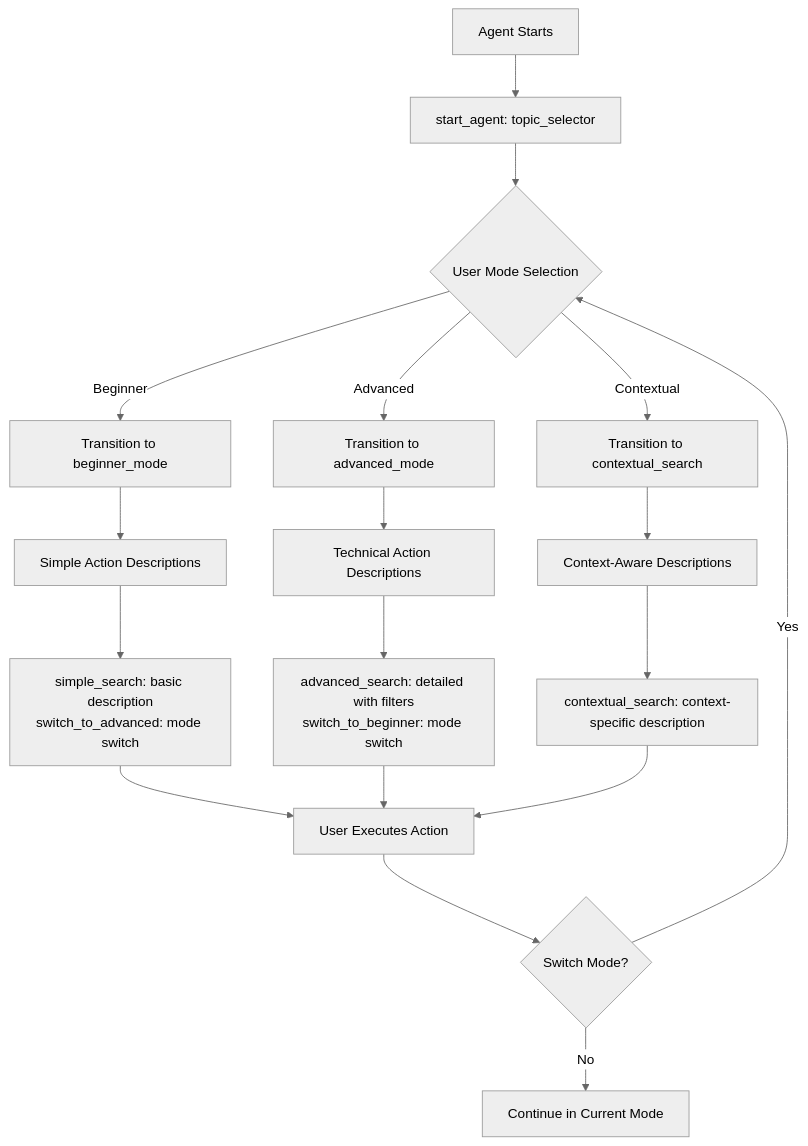
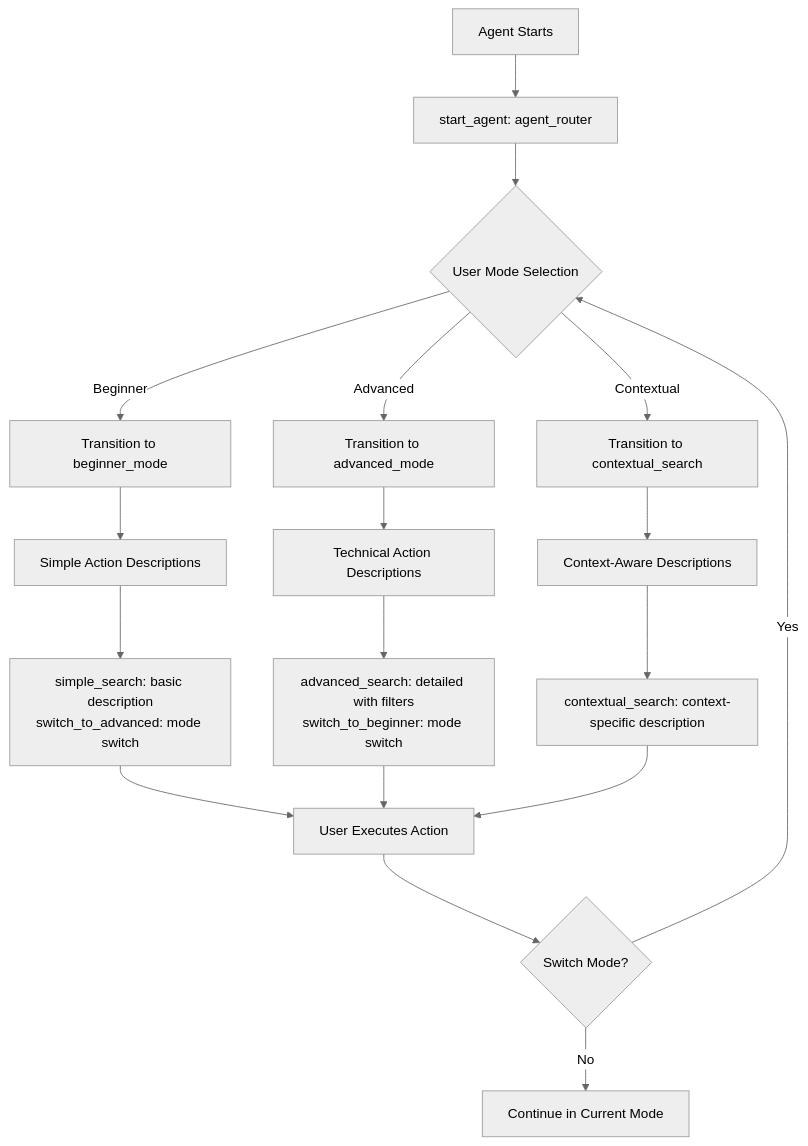
Before and after one commit to trailheadapps/agent-script-recipes: the diagram in force-app/main/02_actionConfiguration/actionDescriptionOverrides/README.md, drawn with Mermaid. The commit also changed other lines of this file and 108 other files, not shown here.

````diff
--- a/force-app/main/02_actionConfiguration/actionDescriptionOverrides/README.md
+++ b/force-app/main/02_actionConfiguration/actionDescriptionOverrides/README.md
@@ -9,21 +9,21 @@
 ```mermaid
 %%{init: {'theme':'neutral'}}%%
 graph TD
-    A[Agent Starts] --> B[start_agent: topic_selector]
+    A[Agent Starts] --> B[start_agent: agent_router]
     B --> C{User Mode Selection}
     C -->|Beginner| D[Transition to beginner_mode]
     C -->|Advanced| E[Transition to advanced_mode]
     C -->|Contextual| F[Transition to contextual_search]
     D --> G[Simple Action Descriptions]
     G --> H[simple_search: basic description<br/>switch_to_advanced: mode switch]
     E --> I[Technical Action Descriptions]
     I --> J[advanced_search: detailed with filters<br/>switch_to_beginner: mode switch]
     F --> K[Context-Aware Descriptions]
     K --> L[contextual_search: context-specific description]
     H --> M[User Executes Action]
     J --> M
     L --> M
     M --> N{Switch Mode?}
     N -->|Yes| C
     N -->|No| O[Continue in Current Mode]
 ```
````
